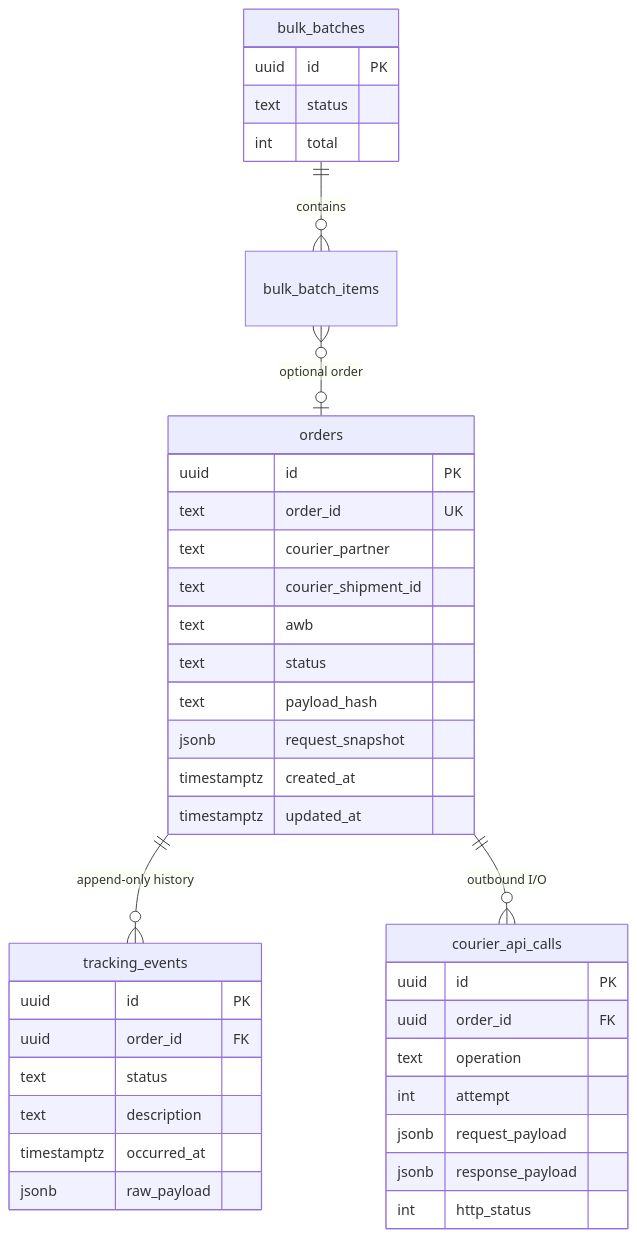
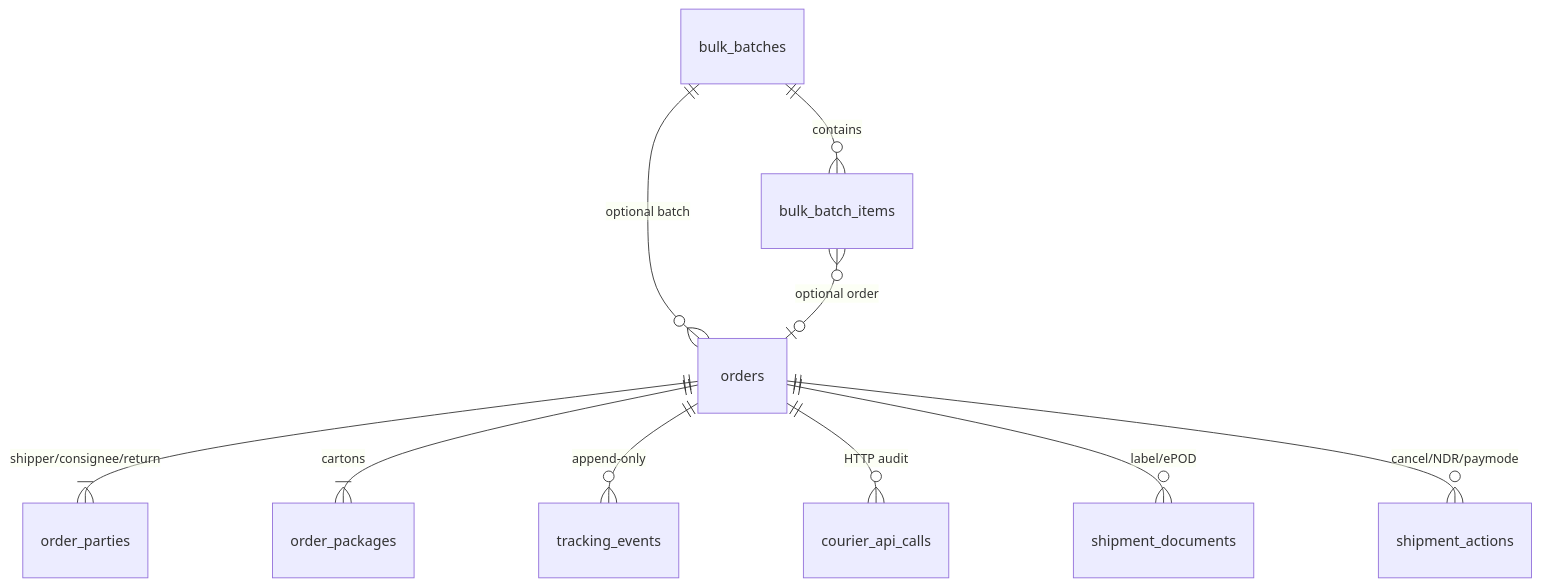
The second of 2 diagrams in docs/architecture.md (sanket-kumawat/multi-courier-integration-platform), drawn with Mermaid before and after one commit. The commit also changed other lines of this file and 10 other files, not shown here.

Commit message:
feat: implement database schema for order management, including tables for orders, bulk batches, tracking events, and related entities, along with necessary constraints and indexes

````diff
--- a/docs/architecture.md
+++ b/docs/architecture.md
@@ -354,45 +358,12 @@
 ```mermaid
 erDiagram
-  orders ||--o{ tracking_events : "append-only history"
-  orders ||--o{ courier_api_calls : "outbound I/O"
-  bulk_batches ||--o{ bulk_batch_items : "contains"
+  bulk_batches ||--o{ bulk_batch_items : contains
+  bulk_batches ||--o{ orders : "optional batch"
+  orders ||--|{ order_parties : "shipper/consignee/return"
+  orders ||--|{ order_packages : cartons
+  orders ||--o{ tracking_events : "append-only"
+  orders ||--o{ courier_api_calls : "HTTP audit"
+  orders ||--o{ shipment_documents : "label/ePOD"
+  orders ||--o{ shipment_actions : "cancel/NDR/paymode"
   bulk_batch_items }o--o| orders : "optional order"
-
-  orders {
-    uuid id PK
-    text order_id UK
-    text courier_partner
-    text courier_shipment_id
-    text awb
-    text status
-    text payload_hash
-    jsonb request_snapshot
-    timestamptz created_at
-    timestamptz updated_at
-  }
-
-  tracking_events {
-    uuid id PK
-    uuid order_id FK
-    text status
-    text description
-    timestamptz occurred_at
-    jsonb raw_payload
-  }
-
-  courier_api_calls {
-    uuid id PK
-    uuid order_id FK
-    text operation
-    int attempt
-    jsonb request_payload
-    jsonb response_payload
-    int http_status
-  }
-
-  bulk_batches {
-    uuid id PK
-    text status
-    int total
-  }
 ```
````
